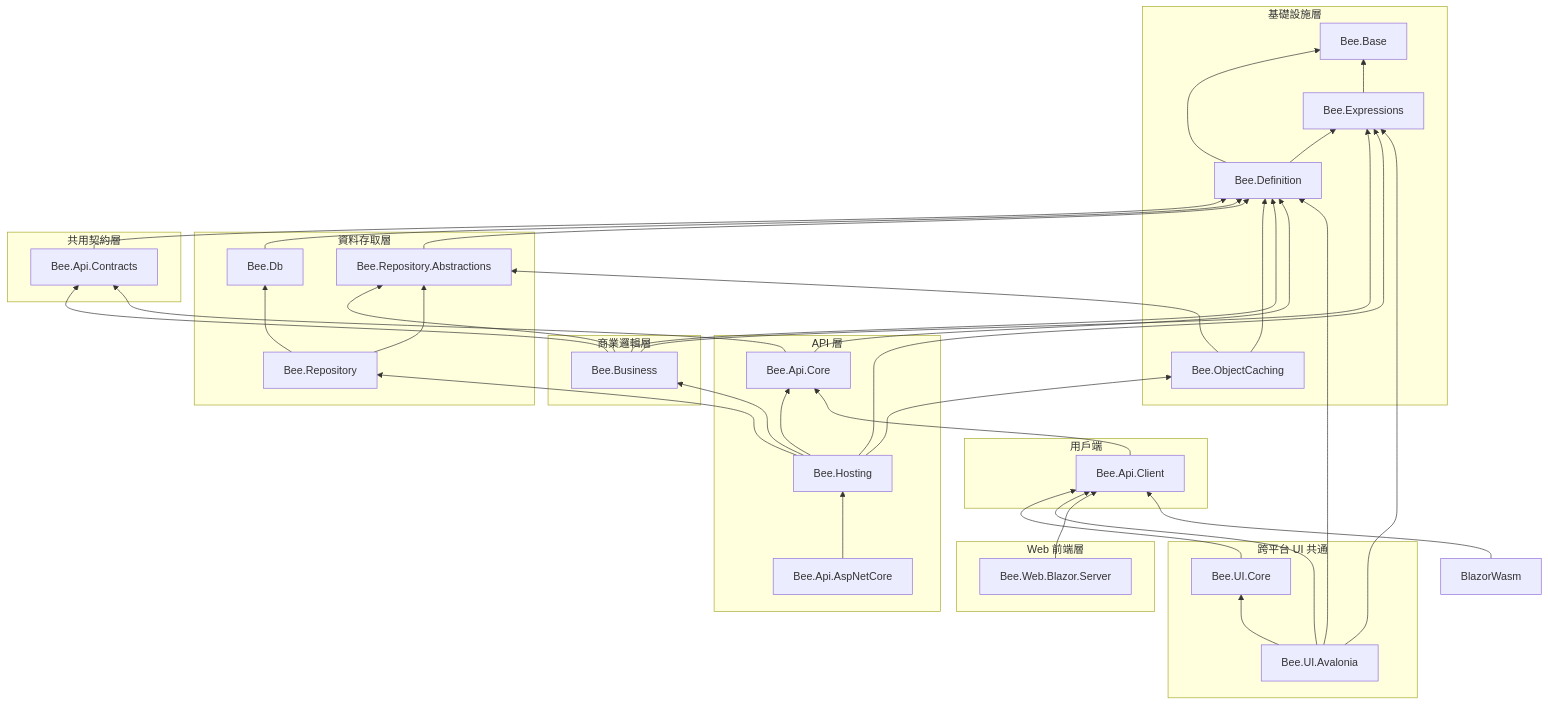
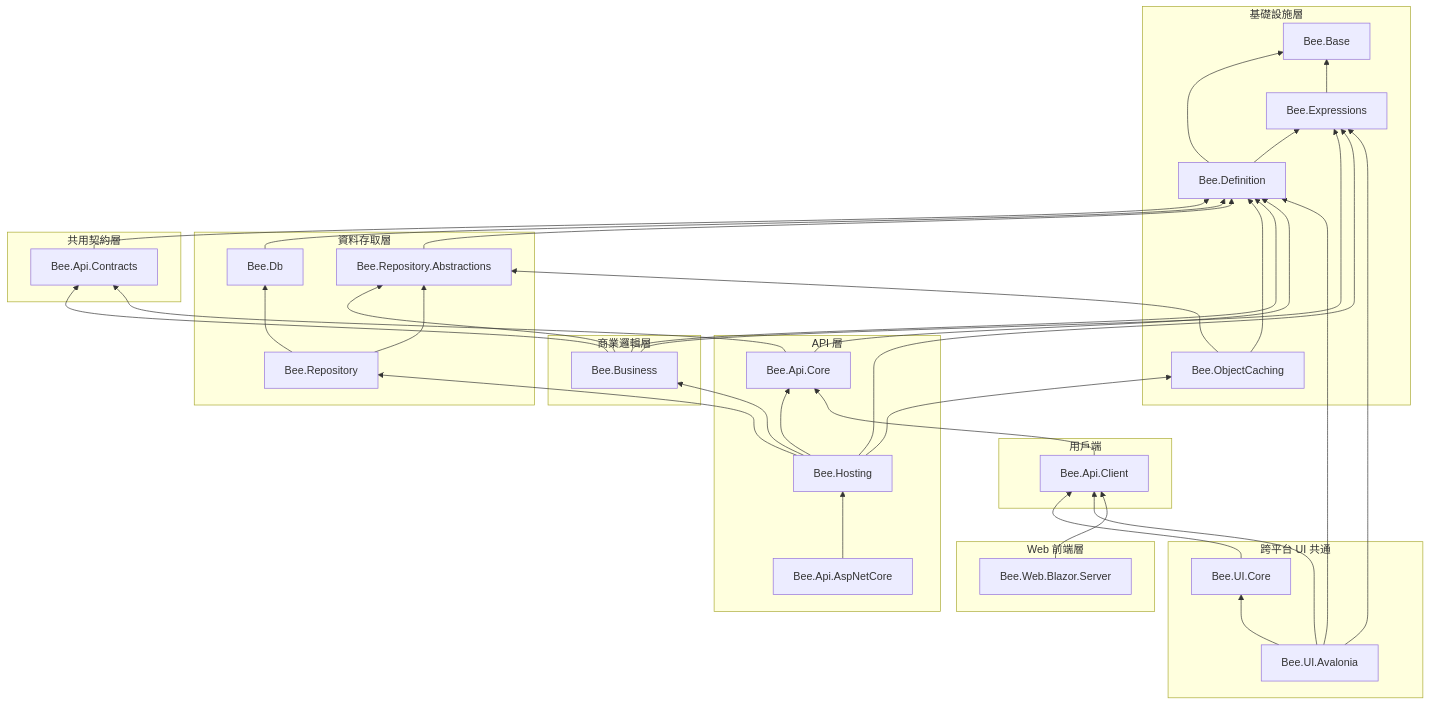
The diagram in docs/dependency-map.zh-TW.md (jeff377/bee-library), drawn with Mermaid before and after one commit. The commit also changed other lines of this file and 1 other file, not shown here.

````diff
--- a/docs/dependency-map.zh-TW.md
+++ b/docs/dependency-map.zh-TW.md
@@ -11,73 +11,72 @@
 ```mermaid
 graph BT
   subgraph 基礎設施層
     Base["Bee.Base"]
     Expressions["Bee.Expressions"]
     Definition["Bee.Definition"]
     Caching["Bee.ObjectCaching"]
   end
 
   subgraph 資料存取層
     RepoAbs["Bee.Repository.Abstractions"]
     Db["Bee.Db"]
     Repo["Bee.Repository"]
   end
 
   subgraph 商業邏輯層
     Business["Bee.Business"]
   end
 
   subgraph SharedContracts [共用契約層]
     Contracts["Bee.Api.Contracts"]
   end
 
   subgraph API 層
     Core["Bee.Api.Core"]
     Hosting["Bee.Hosting"]
     AspNet["Bee.Api.AspNetCore"]
   end
 
   subgraph 用戶端
     Client["Bee.Api.Client"]
   end
 
   subgraph 跨平台 UI 共通
     UICore["Bee.UI.Core"]
     UIAvalonia["Bee.UI.Avalonia"]
   end
 
   subgraph Web 前端層
     BlazorSrv["Bee.Web.Blazor.Server"]
   end
 
   Definition --> Base
   Expressions --> Base
   Definition --> Expressions
   Business --> Expressions
   Hosting --> Expressions
   UIAvalonia --> Expressions
   Contracts --> Definition
   Db --> Definition
   RepoAbs --> Definition
   Caching --> Definition
   Caching --> RepoAbs
   Business --> Contracts
   Business --> Definition
   Business --> RepoAbs
   Repo --> Db
   Repo --> RepoAbs
   Core --> Contracts
   Core --> Definition
   Hosting --> Core
   Hosting --> Business
   Hosting --> Repo
   Hosting --> Caching
   AspNet --> Hosting
   Client --> Core
   UICore --> Client
   UIAvalonia --> UICore
   UIAvalonia --> Client
   UIAvalonia --> Definition
   BlazorSrv --> Client
-  BlazorWasm --> Client
 ```
````
